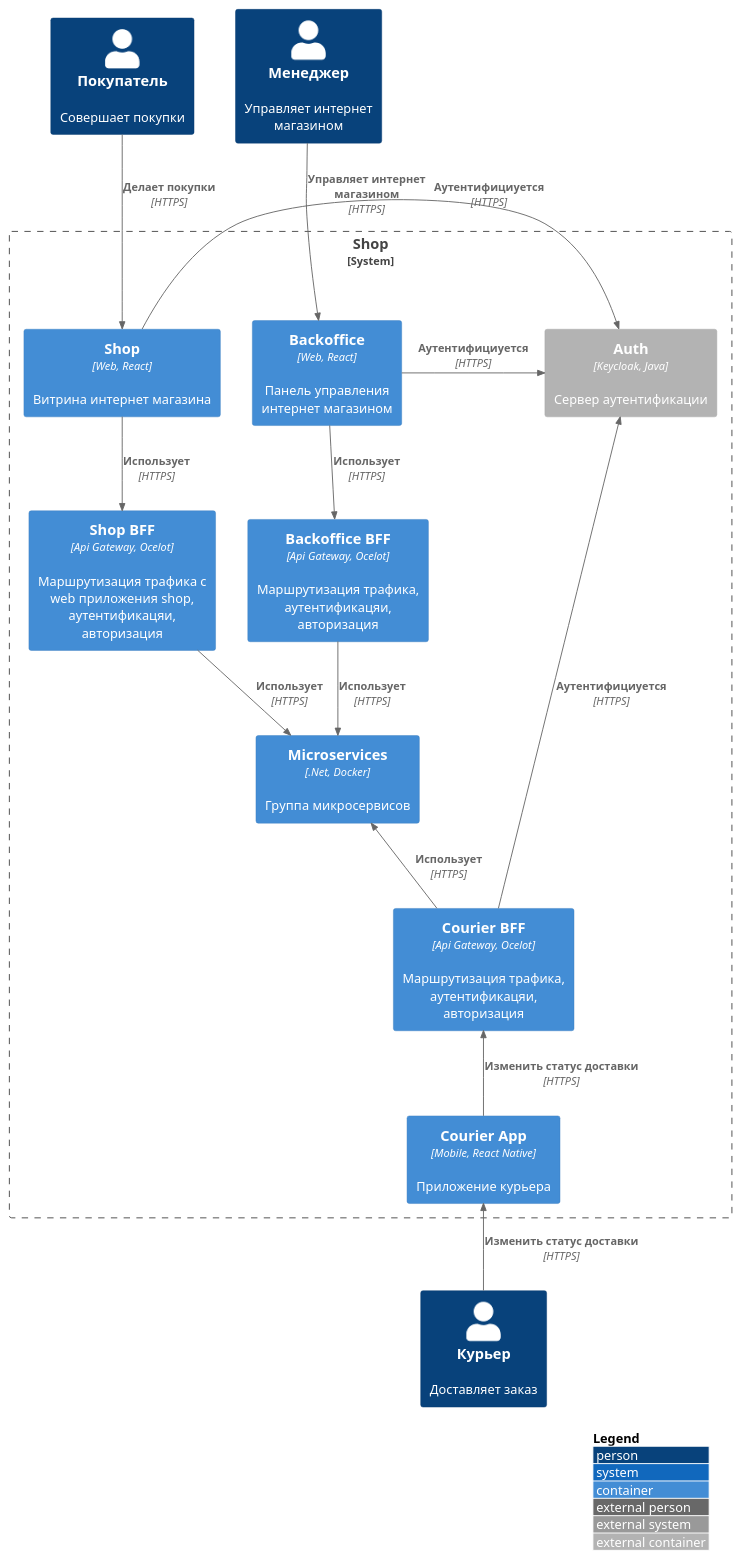
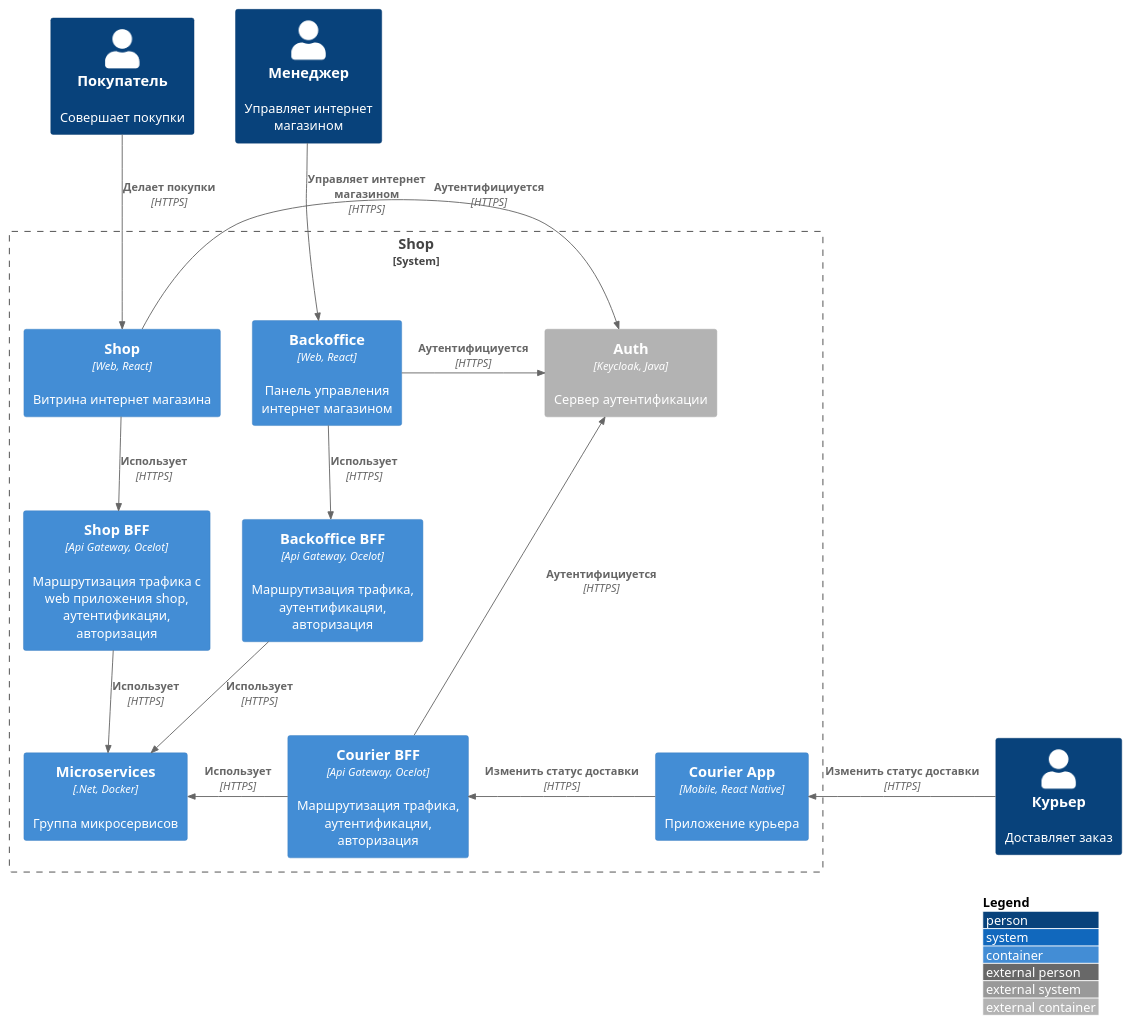
One commit to gerzhan/knigaexpert-system-design changed the second of 4 diagrams in README.md. Above: the diagram before and after it, drawn with PlantUML.

````diff
--- a/README.md
+++ b/README.md
@@ -51,43 +51,43 @@
 ```plantuml
 !include https://raw.githubusercontent.com/plantuml-stdlib/C4-PlantUML/master/C4_Container.puml
 
 skinparam wrapWidth 200
 skinparam maxMessageSize 200
 
 LAYOUT_TOP_DOWN()
 LAYOUT_WITH_LEGEND()
 
 Person(customer, Покупатель, "Совершает покупки")
 Person(manager, Менеджер, "Управляет интернет магазином")
 Person(courier, Курьер, "Доставляет заказ")
 System_Boundary(shop, "Shop") {
 ' Shop
 Container(shop_app, "Shop", "Web, React", "Витрина интернет магазина")
 Container(shop_bff, "Shop BFF", "Api Gateway, Ocelot", "Маршрутизация трафика c web приложения shop, аутентификацяи, авторизация")
 Rel(shop_app, shop_bff, "Использует", "HTTPS")
 Rel(customer, shop_app, "Делает покупки", "HTTPS")
 
 ' Backoffice
 Container(backoffice_app, "Backoffice", "Web, React", "Панель управления интернет магазином")  
 Container(backoffice_bff, "Backoffice BFF", "Api Gateway, Ocelot", "Маршрутизация трафика, аутентификацяи, авторизация")
 Rel(backoffice_app, backoffice_bff, "Использует", "HTTPS")
 Rel(manager, backoffice_app, "Управляет интернет магазином", "HTTPS")
 
 ' Сourier App
 Container(courier_app, "Courier App", "Mobile, React Native", "Приложение курьера")  
 Container(courier_bff, "Courier BFF", "Api Gateway, Ocelot", "Маршрутизация трафика, аутентификацяи, авторизация")
-Rel_U(courier_app, courier_bff, "Изменить статус доставки", "HTTPS")
-Rel_U(courier, courier_app, "Изменить статус доставки", "HTTPS")
+Rel_L(courier_app, courier_bff, "Изменить статус доставки", "HTTPS")
+Rel_L(courier, courier_app, "Изменить статус доставки", "HTTPS")
 
 Container(microservices, "Microservices", ".Net, Docker", "Группа микросервисов")
 Rel(shop_bff, microservices, "Использует", "HTTPS")
 Rel(backoffice_bff, microservices, "Использует", "HTTPS")
-Rel_U(courier_bff, microservices, "Использует", "HTTPS")
+Rel_L(courier_bff, microservices, "Использует", "HTTPS")
 
 ' Services
 Container_Ext(auth, "Auth", "Keycloak, Java", "Сервер аутентификации")
 Rel_R(shop_app, auth, "Аутентифициуется", "HTTPS")
 Rel_L(backoffice_app, auth, "Аутентифициуется", "HTTPS")
 Rel_L(courier_bff, auth, "Аутентифициуется", "HTTPS")
 }
 ```
````
